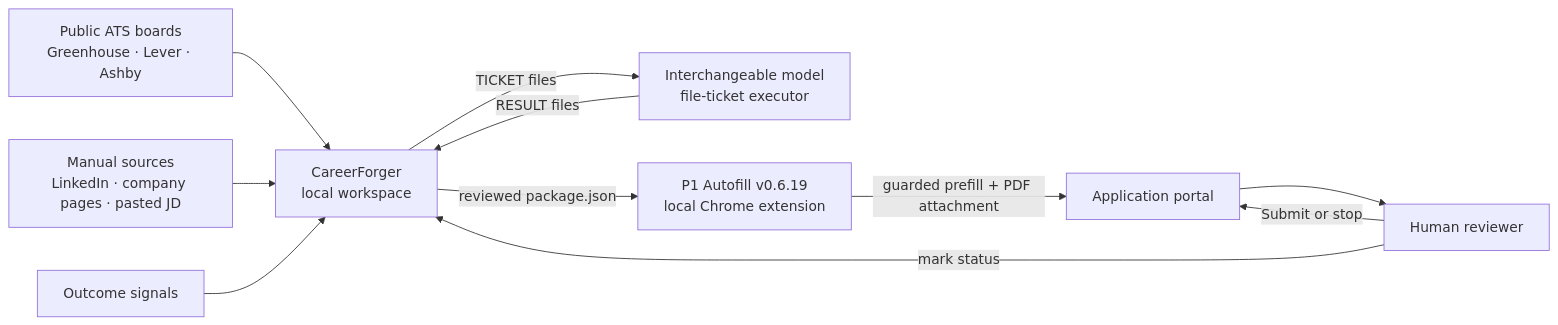
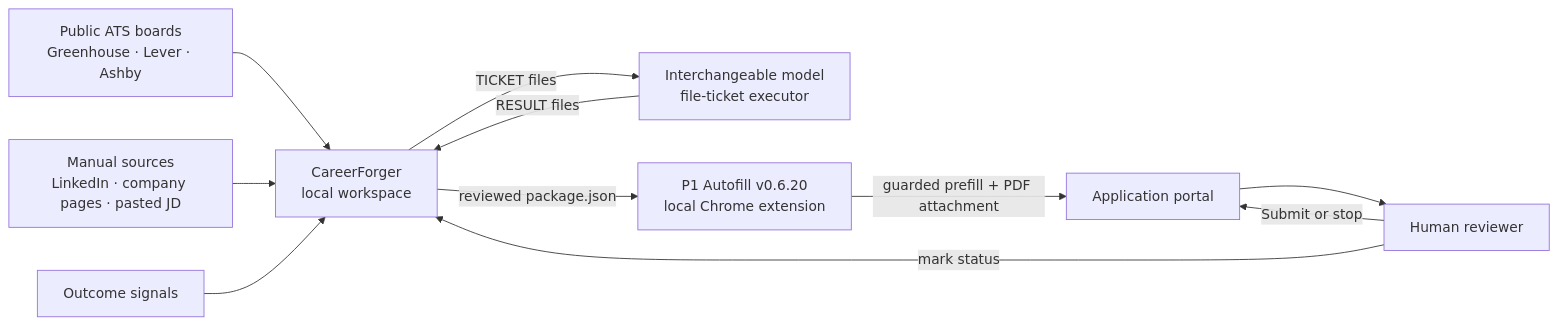
The first of 4 diagrams in docs/ARCHITECTURE.md (devothamgn321/CareerForger), drawn with Mermaid before and after one commit. The commit also changed other lines of this file and 6 other files, not shown here.

````diff
--- a/docs/ARCHITECTURE.md
+++ b/docs/ARCHITECTURE.md
@@ -117,22 +117,22 @@
 ```mermaid
 flowchart LR
     ATS[Public ATS boards<br/>Greenhouse · Lever · Ashby]
     MANUAL[Manual sources<br/>LinkedIn · company pages · pasted JD]
     CF[CareerForger<br/>local workspace]
     MODEL[Interchangeable model<br/>file-ticket executor]
-    EXT[P1 Autofill v0.6.19<br/>local Chrome extension]
+    EXT[P1 Autofill v0.6.20<br/>local Chrome extension]
     PORTAL[Application portal]
     HUMAN[Human reviewer]
     OUTCOME[Outcome signals]
 
     ATS --> CF
     MANUAL --> CF
     CF -->|TICKET files| MODEL
     MODEL -->|RESULT files| CF
     CF -->|reviewed package.json| EXT
     EXT -->|guarded prefill + PDF attachment| PORTAL
     PORTAL --> HUMAN
     HUMAN -->|Submit or stop| PORTAL
     HUMAN -->|mark status| CF
     OUTCOME --> CF
 ```
````
